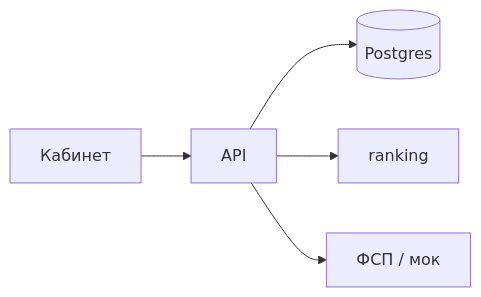
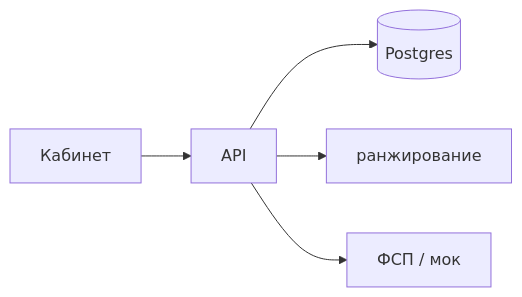
Before and after one commit to DjonniStorm/hh-but-it-works: the diagram in docs/prod/site/how/index.md, drawn with Mermaid. The commit also changed other lines of this file and 22 other files, not shown here.

````diff
--- a/docs/prod/site/how/index.md
+++ b/docs/prod/site/how/index.md
@@ -30,12 +39,12 @@
 ```mermaid
 flowchart LR
   web[Кабинет]
   api[API]
   pg[(Postgres)]
-  ranking[ranking]
+  ranking[ранжирование]
   fsp[ФСП / мок]
   web --> api
   api --> pg
   api --> ranking
   api --> fsp
 ```
````
